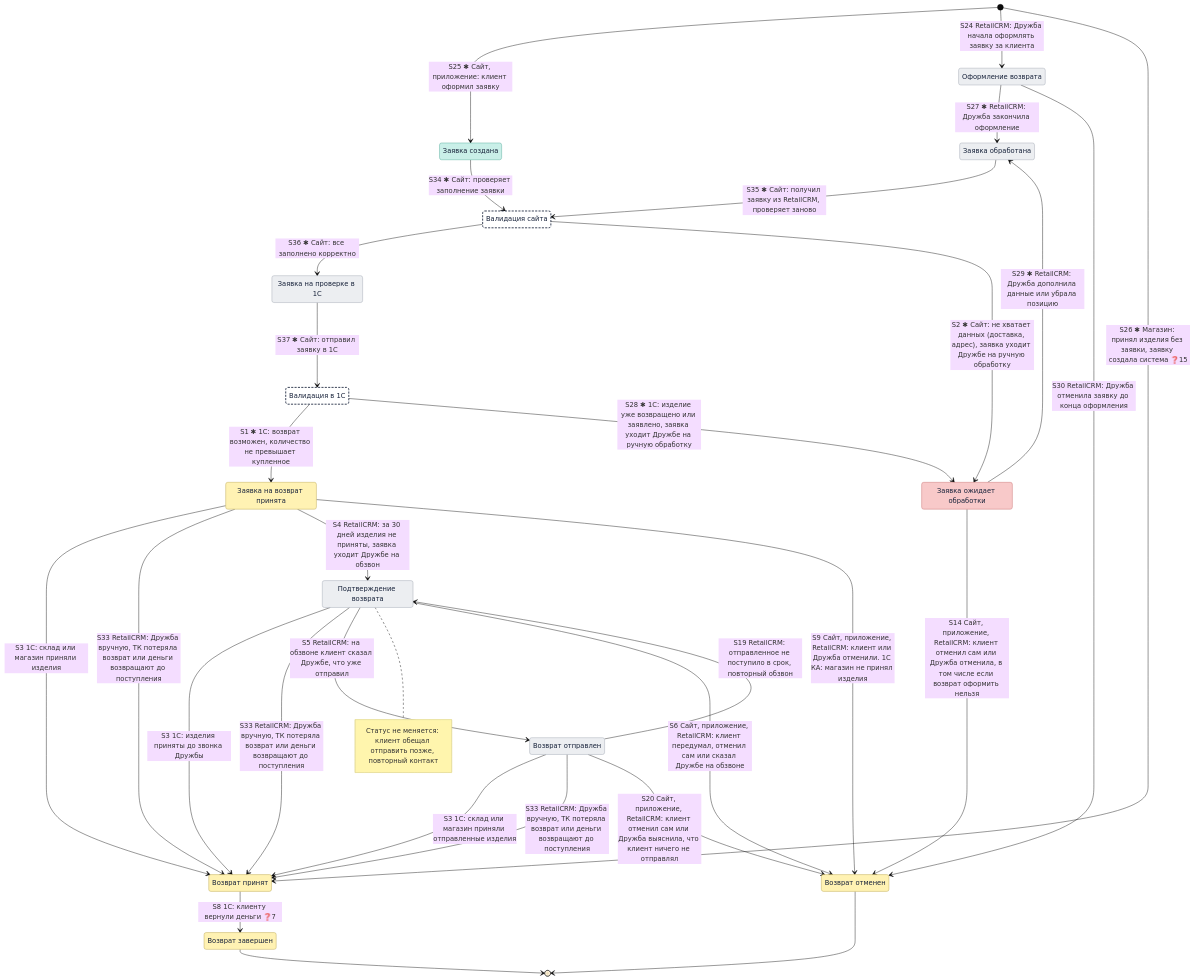
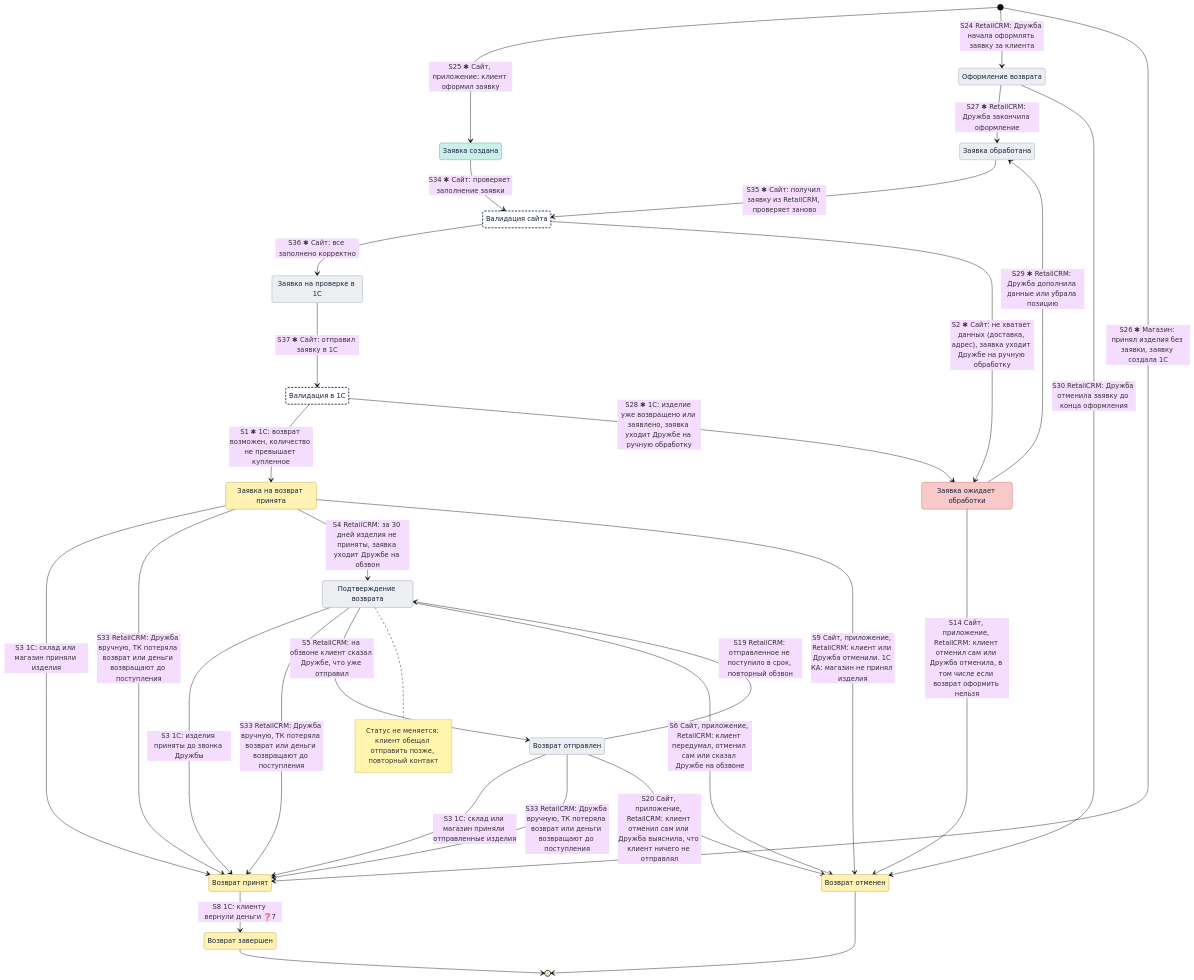
The first of 3 diagrams in projects/returns-2.0/requirements/diagrams/state/return-status-v4_state.md (Terinss155/opencode-agents-analysis), drawn with Mermaid (base theme) before and after one commit. The commit also changed other lines of this file and 44 other files, not shown here.

````diff
--- a/projects/returns-2.0/requirements/diagrams/state/return-status-v4_state.md
+++ b/projects/returns-2.0/requirements/diagrams/state/return-status-v4_state.md
@@ -68,62 +68,62 @@
 ```mermaid
 stateDiagram-v2
     direction TB
 
     state "Оформление возврата" as Draft
     state "Заявка создана" as Created
     state "Заявка обработана" as Processed
     state "Валидация сайта" as SiteCheck
     state "Заявка на проверке в 1С" as SiteValid
     state "Валидация в 1С" as OneCCheck
     state "Заявка ожидает обработки" as Pending
     state "Заявка на возврат принята" as Accepted
     state "Подтверждение возврата" as Confirm
     state "Возврат отправлен" as Sent
     state "Возврат принят" as Received
     state "Возврат завершен" as Completed
     state "Возврат отменен" as Cancelled
 
     [*] --> Created : S25 ✱ Сайт, приложение: клиент оформил заявку
     [*] --> Draft : S24 RetailCRM: Дружба начала оформлять заявку за клиента
-    [*] --> Received : S26 ✱ Магазин: принял изделия без заявки, заявку создала система ❓15
+    [*] --> Received : S26 ✱ Магазин: принял изделия без заявки, заявку создала 1С
     Draft --> Processed : S27 ✱ RetailCRM: Дружба закончила оформление
     Created --> SiteCheck : S34 ✱ Сайт: проверяет заполнение заявки
     Processed --> SiteCheck : S35 ✱ Сайт: получил заявку из RetailCRM, проверяет заново
     SiteCheck --> SiteValid : S36 ✱ Сайт: все заполнено корректно
     SiteCheck --> Pending : S2 ✱ Сайт: не хватает данных (доставка, адрес), заявка уходит Дружбе на ручную обработку
     SiteValid --> OneCCheck : S37 ✱ Сайт: отправил заявку в 1С
     OneCCheck --> Accepted : S1 ✱ 1С: возврат возможен, количество не превышает купленное
     OneCCheck --> Pending : S28 ✱ 1С: изделие уже возвращено или заявлено, заявка уходит Дружбе на ручную обработку
     Pending --> Processed : S29 ✱ RetailCRM: Дружба дополнила данные или убрала позицию
     Accepted --> Received : S3 1С: склад или магазин приняли изделия
     Accepted --> Received : S33 RetailCRM: Дружба вручную, ТК потеряла возврат или деньги возвращают до поступления
     Accepted --> Confirm : S4 RetailCRM: за 30 дней изделия не приняты, заявка уходит Дружбе на обзвон
     Confirm --> Received : S3 1С: изделия приняты до звонка Дружбы
     Confirm --> Received : S33 RetailCRM: Дружба вручную, ТК потеряла возврат или деньги возвращают до поступления
     Confirm --> Sent : S5 RetailCRM: на обзвоне клиент сказал Дружбе, что уже отправил
     note right of Confirm
         Статус не меняется: клиент обещал отправить позже, повторный контакт
     end note
     Sent --> Confirm : S19 RetailCRM: отправленное не поступило в срок, повторный обзвон
     Sent --> Received : S3 1С: склад или магазин приняли отправленные изделия
     Sent --> Received : S33 RetailCRM: Дружба вручную, ТК потеряла возврат или деньги возвращают до поступления
     Received --> Completed : S8 1С: клиенту вернули деньги ❓7
     Draft --> Cancelled : S30 RetailCRM: Дружба отменила заявку до конца оформления
     Pending --> Cancelled : S14 Сайт, приложение, RetailCRM: клиент отменил сам или Дружба отменила, в том числе если возврат оформить нельзя
     Accepted --> Cancelled : S9 Сайт, приложение, RetailCRM: клиент или Дружба отменили. 1С КА: магазин не принял изделия
     Confirm --> Cancelled : S6 Сайт, приложение, RetailCRM: клиент передумал, отменил сам или сказал Дружбе на обзвоне
     Sent --> Cancelled : S20 Сайт, приложение, RetailCRM: клиент отменил сам или Дружба выяснила, что клиент ничего не отправлял
     Completed --> [*]
     Cancelled --> [*]
 
     classDef both fill:#fff2b3,stroke:#b8a24a,color:#17223a
     classDef first fill:#c9efe8,stroke:#4aa392,color:#17223a
     classDef internal fill:#eceef1,stroke:#9aa1ad,color:#17223a
     classDef error fill:#f8c9c9,stroke:#c66b6b,color:#17223a
     classDef check fill:#ffffff,stroke:#17223a,stroke-width:2px,stroke-dasharray:5 3,color:#17223a
     class Created first
     class Pending error
     class Accepted,Received,Completed,Cancelled both
     class Draft,Processed,SiteValid,Confirm,Sent internal
     class SiteCheck,OneCCheck check
 ```
````
